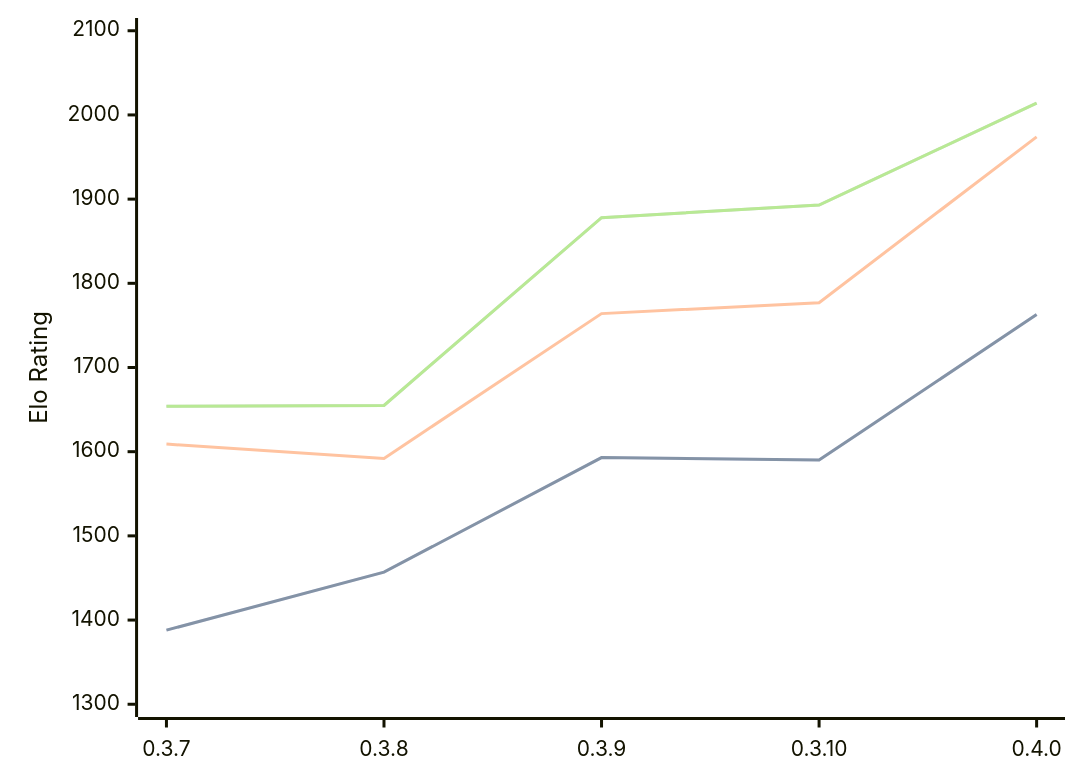
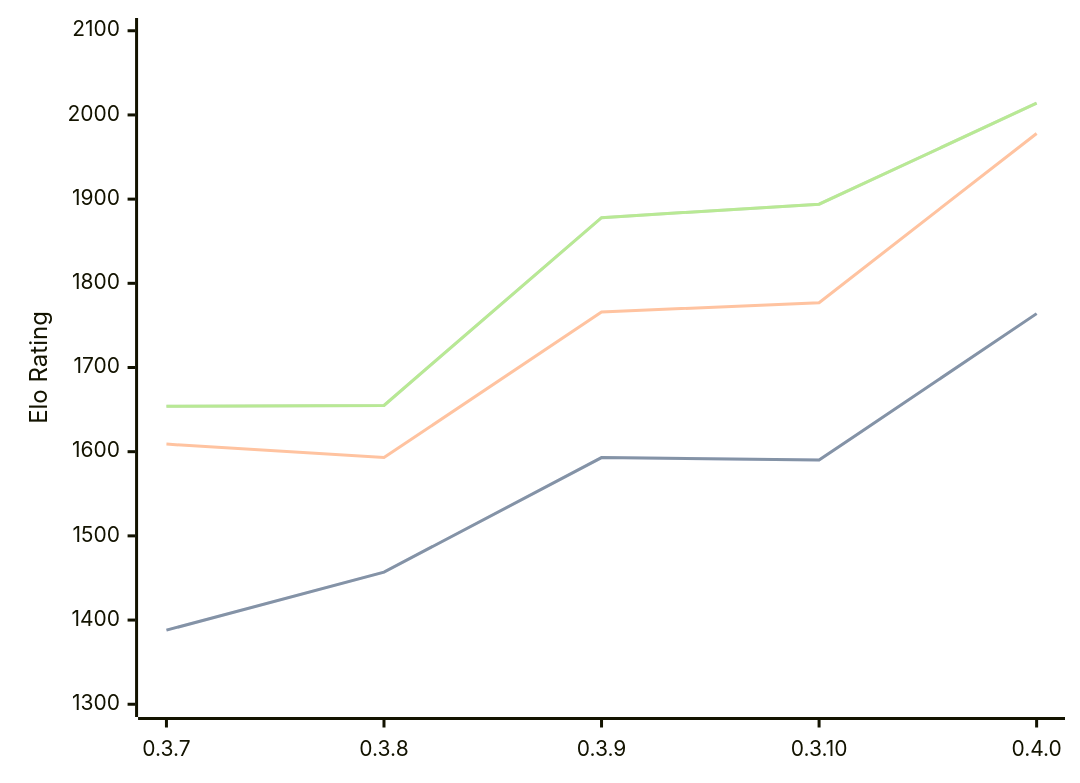
One commit to computer-chess-index/cci changed the diagram in engines/Arche.md. Above: the diagram before and after it, drawn with Mermaid. The commit also changed other lines of this file, not shown here.

Commit message:
Update CCI Ratings (ELO VLTC) - 2026-09-07

````diff
--- a/engines/Arche.md
+++ b/engines/Arche.md
@@ -36,11 +36,11 @@
 ```mermaid
 %%{init: {"theme":"base","themeVariables":{"seriesColors:['#a3a3a3','#222221','#faa371']}}}%%
 xychart-beta
   x-axis ["0.3.7", "0.3.8", "0.3.9", "0.3.10", "0.4.0"]
   y-axis "Elo Rating" 1300 --> 2100
-  line "" [1388, 1457, 1593, 1590, 1763]
-  line "STC (8.0+0.08s)" [1388, 1457, 1593, 1590, 1763]
-  line "LTC (60.0+0.60s)" [1609, 1592, 1764, 1777, 1974]
-  line "" [1654, 1655, 1878, 1893, 2014]
-  line "VLTC (2m24s+1.12s)" [1654, 1655, 1878, 1893, 2014]
+  line "" [1388, 1457, 1593, 1590, 1764]
+  line "STC (8.0+0.08s)" [1388, 1457, 1593, 1590, 1764]
+  line "LTC (60.0+0.60s)" [1609, 1593, 1766, 1777, 1978]
+  line "" [1654, 1655, 1878, 1894, 2014]
+  line "VLTC (2m24s+1.12s)" [1654, 1655, 1878, 1894, 2014]
 ```
````
